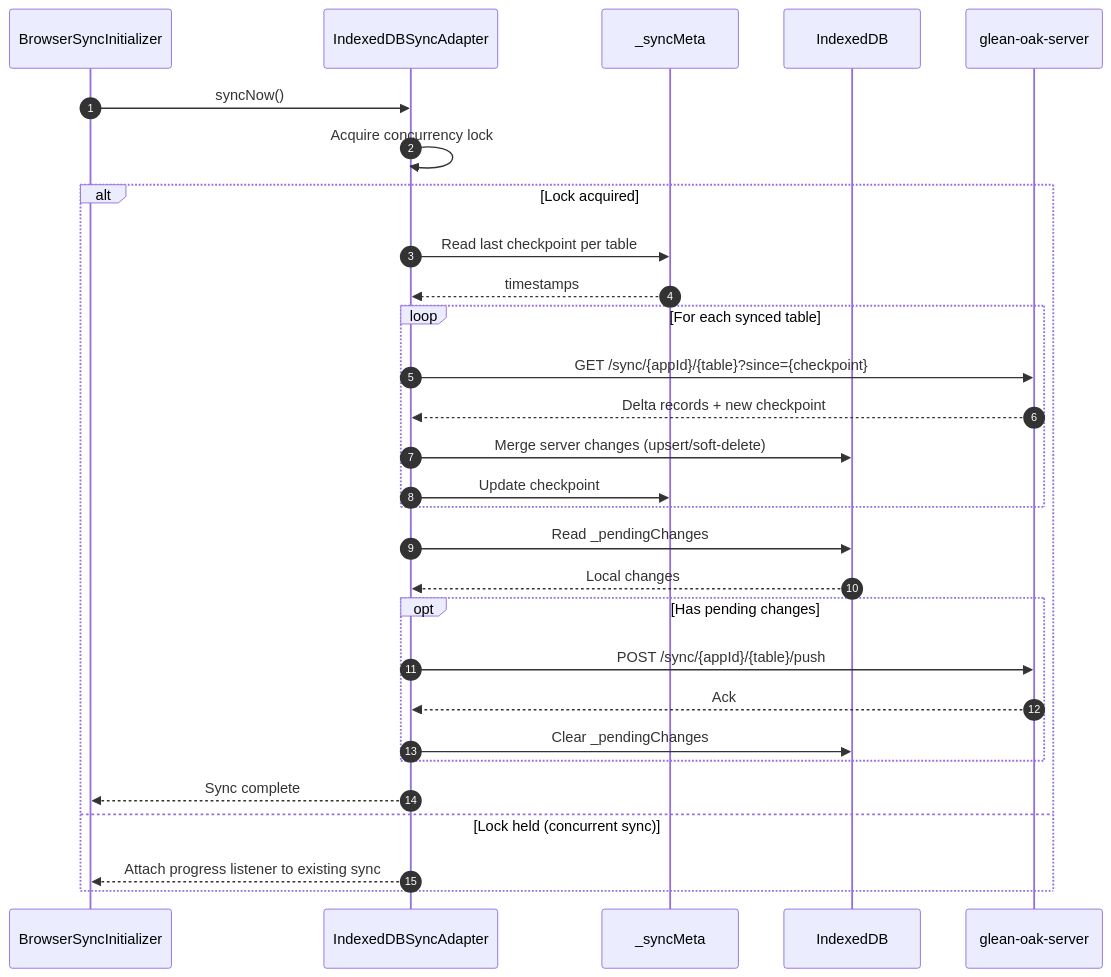
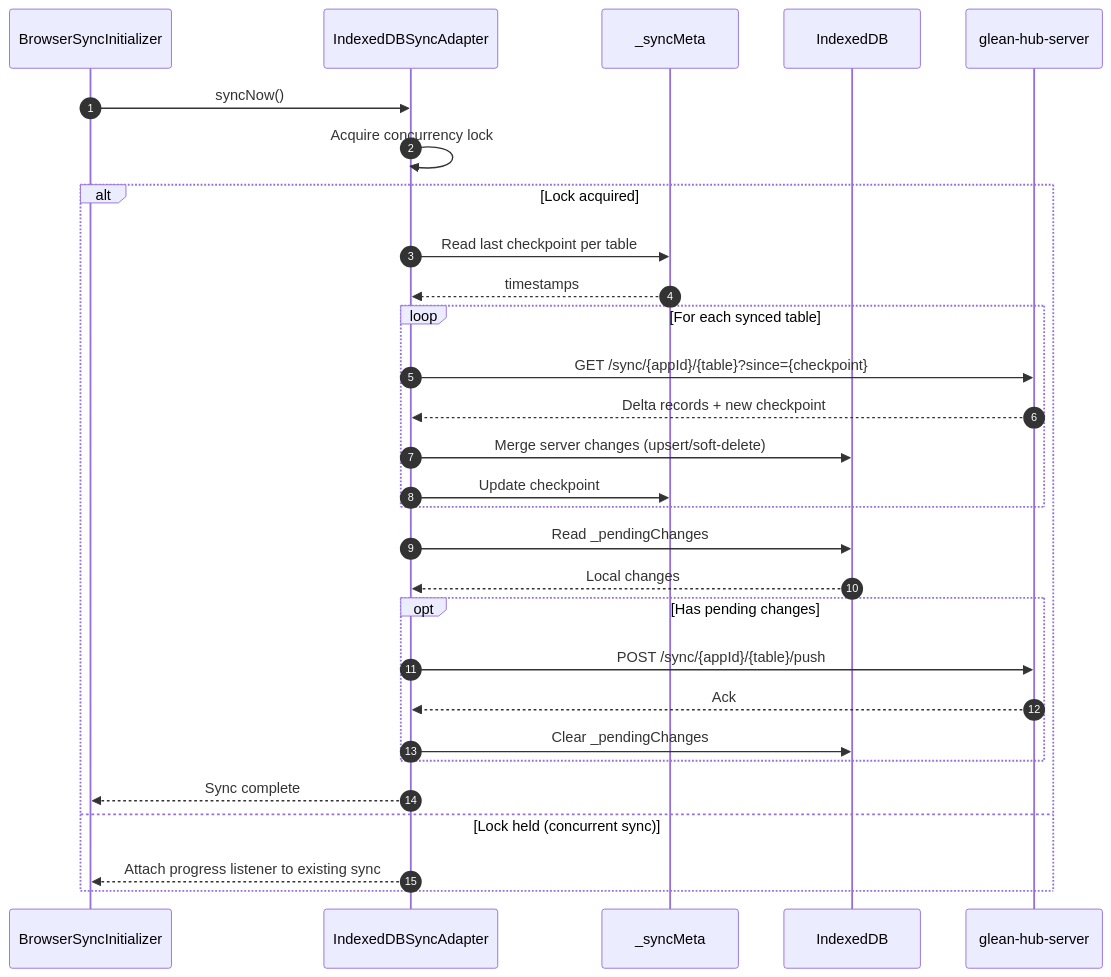
Before and after one commit to loidinhm31/money-insight: diagram 11 of 14 in docs/architecture.md, drawn with Mermaid. The commit also changed other lines of this file and 23 other files, not shown here.

Commit message:
refactor(sync): migrate to @glean-hub/sync-client-types

````diff
--- a/docs/architecture.md
+++ b/docs/architecture.md
@@ -604,38 +604,38 @@
 ```mermaid
 sequenceDiagram
     autonumber
     participant Init as BrowserSyncInitializer
     participant Sync as IndexedDBSyncAdapter
     participant Meta as _syncMeta
     participant DB as IndexedDB
-    participant Server as glean-oak-server
+    participant Server as glean-hub-server
 
     Init->>Sync: syncNow()
     Sync->>Sync: Acquire concurrency lock
 
     alt Lock acquired
         Sync->>Meta: Read last checkpoint per table
         Meta-->>Sync: timestamps
 
         loop For each synced table
             Sync->>Server: GET /sync/{appId}/{table}?since={checkpoint}
             Server-->>Sync: Delta records + new checkpoint
 
             Sync->>DB: Merge server changes (upsert/soft-delete)
             Sync->>Meta: Update checkpoint
         end
 
         Sync->>DB: Read _pendingChanges
         DB-->>Sync: Local changes
 
         opt Has pending changes
             Sync->>Server: POST /sync/{appId}/{table}/push
             Server-->>Sync: Ack
             Sync->>DB: Clear _pendingChanges
         end
 
         Sync-->>Init: Sync complete
     else Lock held (concurrent sync)
         Sync-->>Init: Attach progress listener to existing sync
     end
 ```
````
